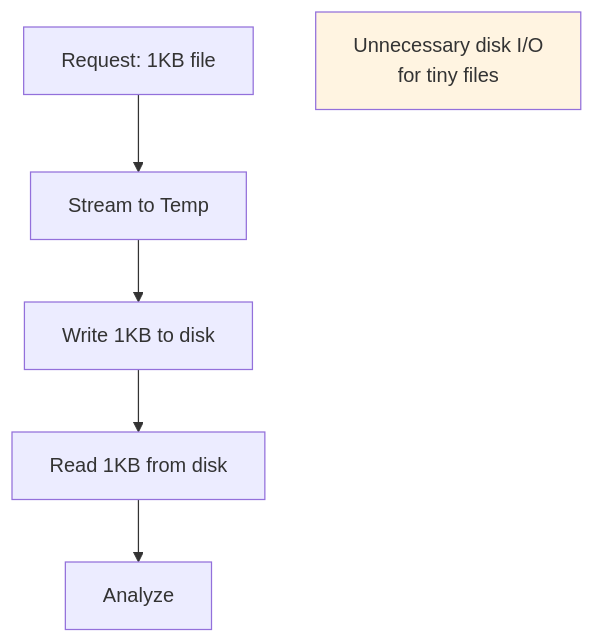
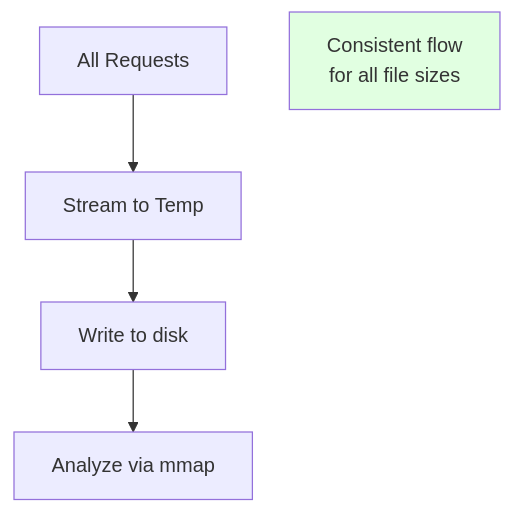
One commit to photom/magicer changed diagram 19 of 52 in docs/explanation/ARCHITECTURE.md. Above: the diagram before and after it, drawn with Mermaid. The commit also changed other lines of this file and 2 other files, not shown here.

````diff
--- a/docs/explanation/ARCHITECTURE.md
+++ b/docs/explanation/ARCHITECTURE.md
@@ -1132,11 +1051,10 @@
 ```mermaid
 graph TB
-    Request[Request: 1KB file] --> Stream[Stream to Temp]
-    Stream --> Write[Write 1KB to disk]
-    Write --> Read[Read 1KB from disk]
-    Read --> Analyze[Analyze]
+    Request[All Requests] --> Stream[Stream to Temp]
+    Stream --> Write[Write to disk]
+    Write --> Analyze[Analyze via mmap]
     
-    Note1[Unnecessary disk I/O<br/>for tiny files]
+    Note1[Consistent flow<br/>for all file sizes]
     
-    style Note1 fill:#fff4e1
+    style Note1 fill:#e1ffe1
 ```
````
